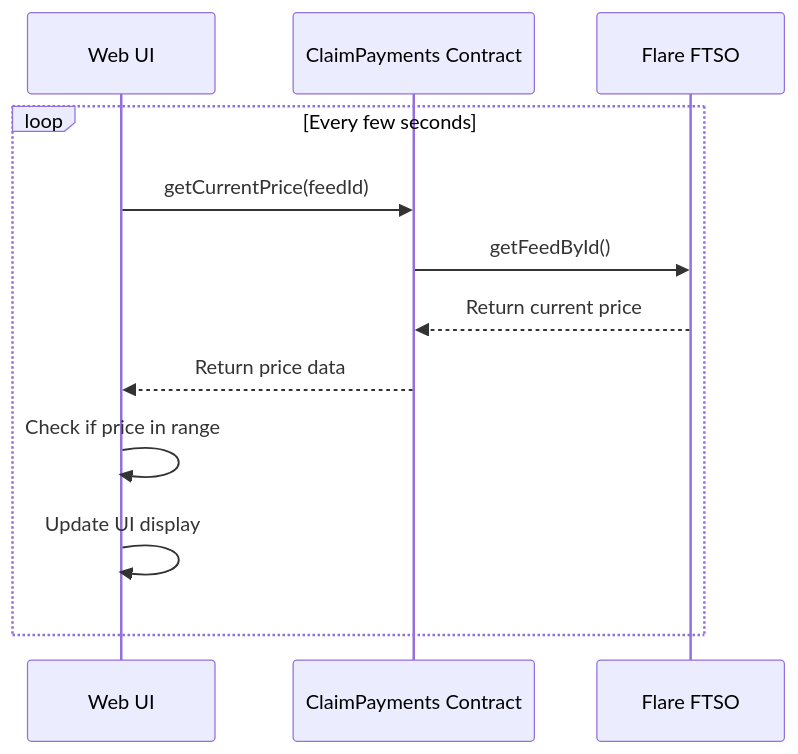
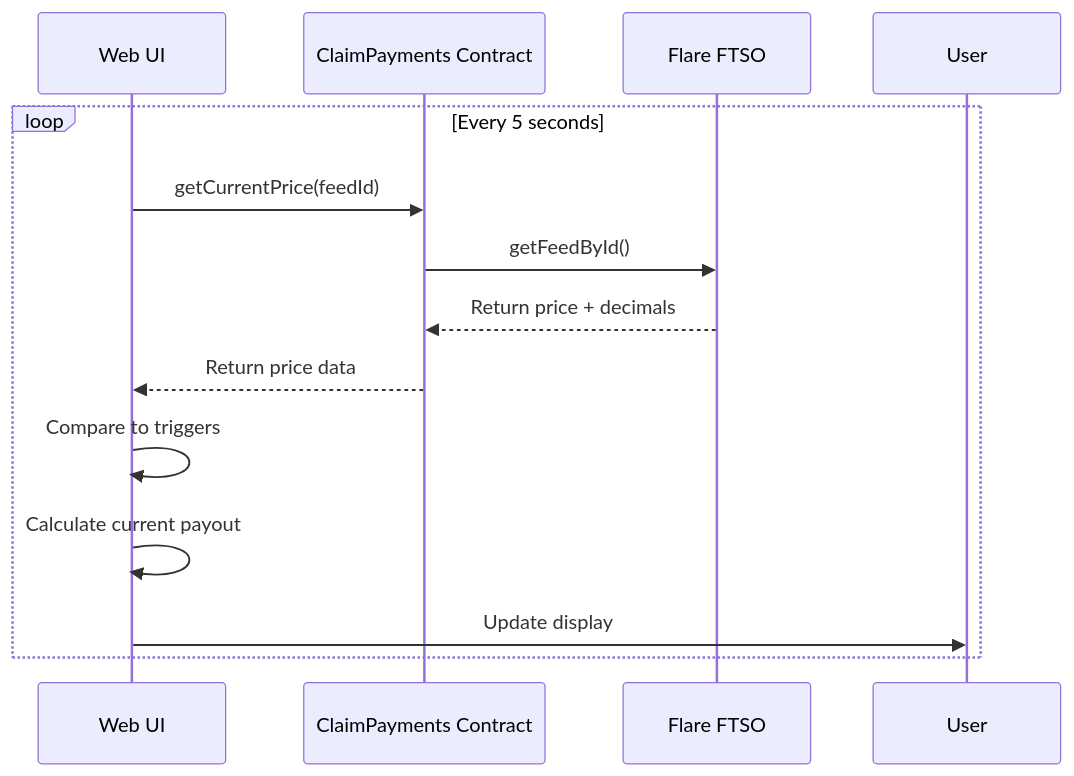
One commit to SLAP-Solutions/Hack022026 changed the second of 3 diagrams in docs/02-how-it-works.md. Above: the diagram before and after it, drawn with Mermaid. The commit also changed other lines of this file and 29 other files, not shown here.

````diff
--- a/docs/02-how-it-works.md
+++ b/docs/02-how-it-works.md
@@ -36,15 +75,16 @@
 ```mermaid
 sequenceDiagram
     participant UI as Web UI
     participant Contract as ClaimPayments Contract
     participant FTSO as Flare FTSO
 
-    loop Every few seconds
+    loop Every 5 seconds
         UI->>Contract: getCurrentPrice(feedId)
         Contract->>FTSO: getFeedById()
-        FTSO-->>Contract: Return current price
+        FTSO-->>Contract: Return price + decimals
         Contract-->>UI: Return price data
-        UI->>UI: Check if price in range
-        UI->>UI: Update UI display
+        UI->>UI: Compare to triggers
+        UI->>UI: Calculate current payout
+        UI->>User: Update display
     end
 ```
````
